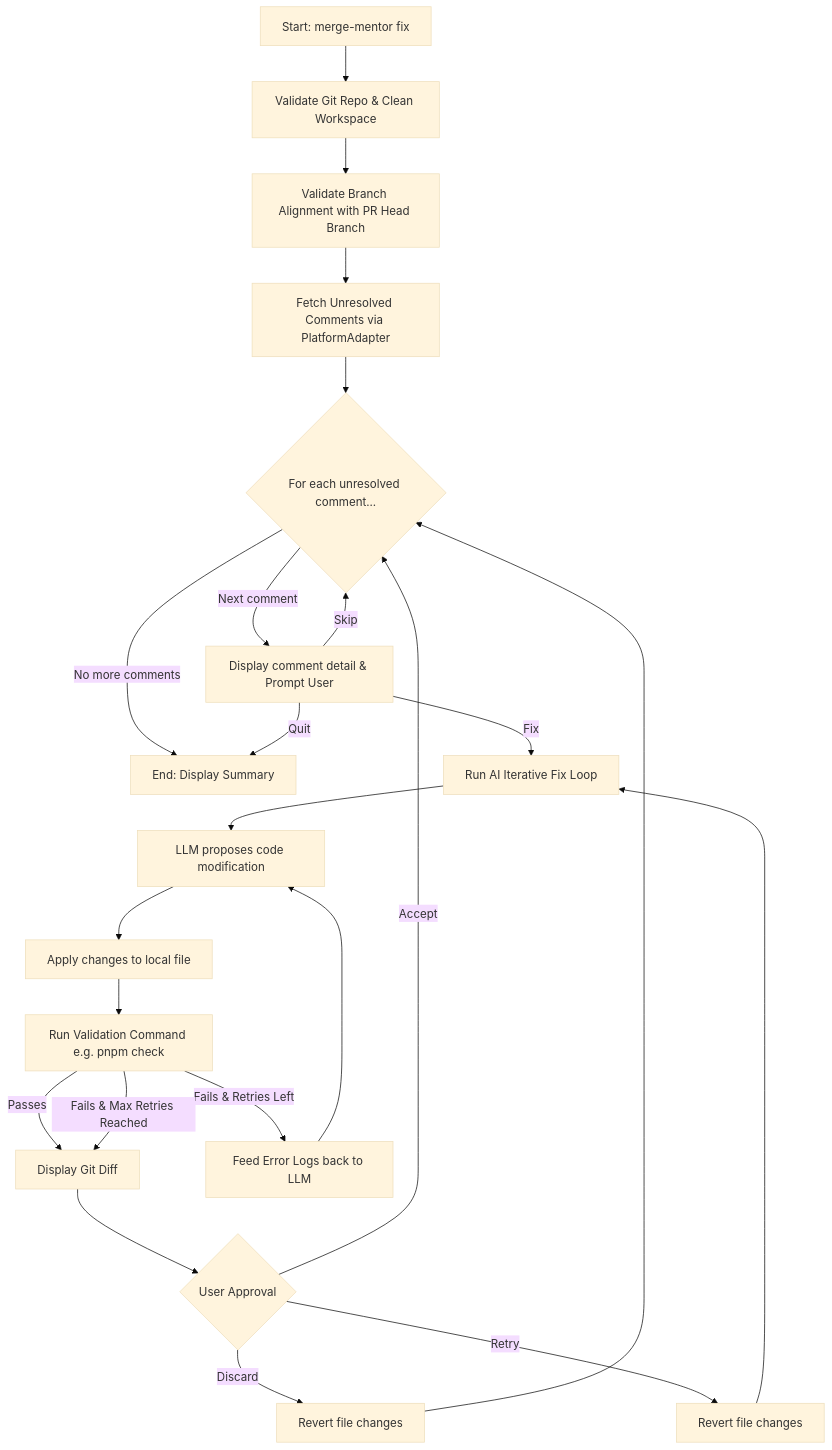
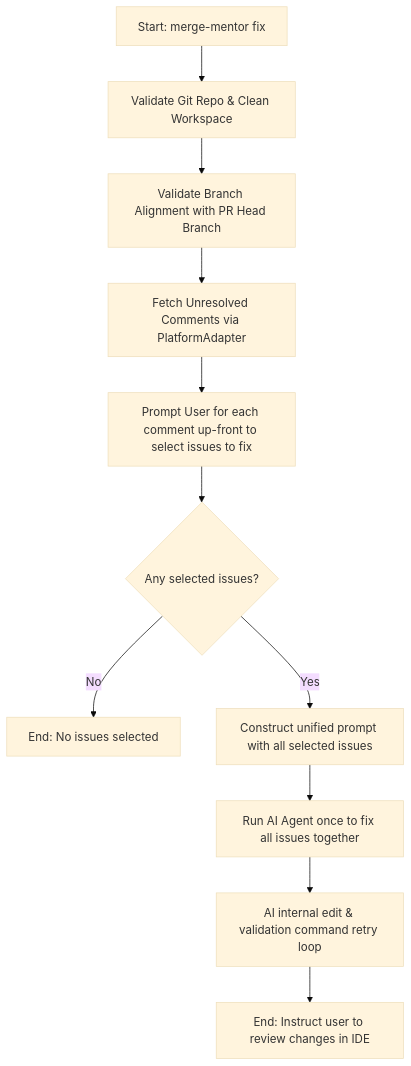
Before and after one commit to archerax/merge-mentor: the diagram in docs/fix-mode-plan.md, drawn with Mermaid (base theme). The commit also changed other lines of this file and 14 other files, not shown here.

````diff
--- a/docs/fix-mode-plan.md
+++ b/docs/fix-mode-plan.md
@@ -11,23 +11,13 @@
 ```mermaid
 graph TD
     A[Start: merge-mentor fix] --> B[Validate Git Repo & Clean Workspace]
     B --> C[Validate Branch Alignment with PR Head Branch]
     C --> D[Fetch Unresolved Comments via PlatformAdapter]
-    D --> E{For each unresolved comment...}
-    E -->|No more comments| F[End: Display Summary]
-    E -->|Next comment| G[Display comment detail & Prompt User]
-    G -->|Skip| E
-    G -->|Quit| F
-    G -->|Fix| H[Run AI Iterative Fix Loop]
-    H --> I[LLM proposes code modification]
-    I --> J[Apply changes to local file]
-    J --> K[Run Validation Command e.g. pnpm check]
-    K -->|Passes| L[Display Git Diff]
-    K -->|Fails & Retries Left| M[Feed Error Logs back to LLM]
-    M --> I
-    K -->|Fails & Max Retries Reached| L
-    L --> N{User Approval}
-    N -->|Accept| E
-    N -->|Discard| O[Revert file changes] --> E
-    N -->|Retry| P[Revert file changes] --> H
+    D --> E[Prompt User for each comment up-front to select issues to fix]
+    E --> F{Any selected issues?}
+    F -->|No| G[End: No issues selected]
+    F -->|Yes| H[Construct unified prompt with all selected issues]
+    H --> I[Run AI Agent once to fix all issues together]
+    I --> J[AI internal edit & validation command retry loop]
+    J --> K[End: Instruct user to review changes in IDE]
 ```
````
